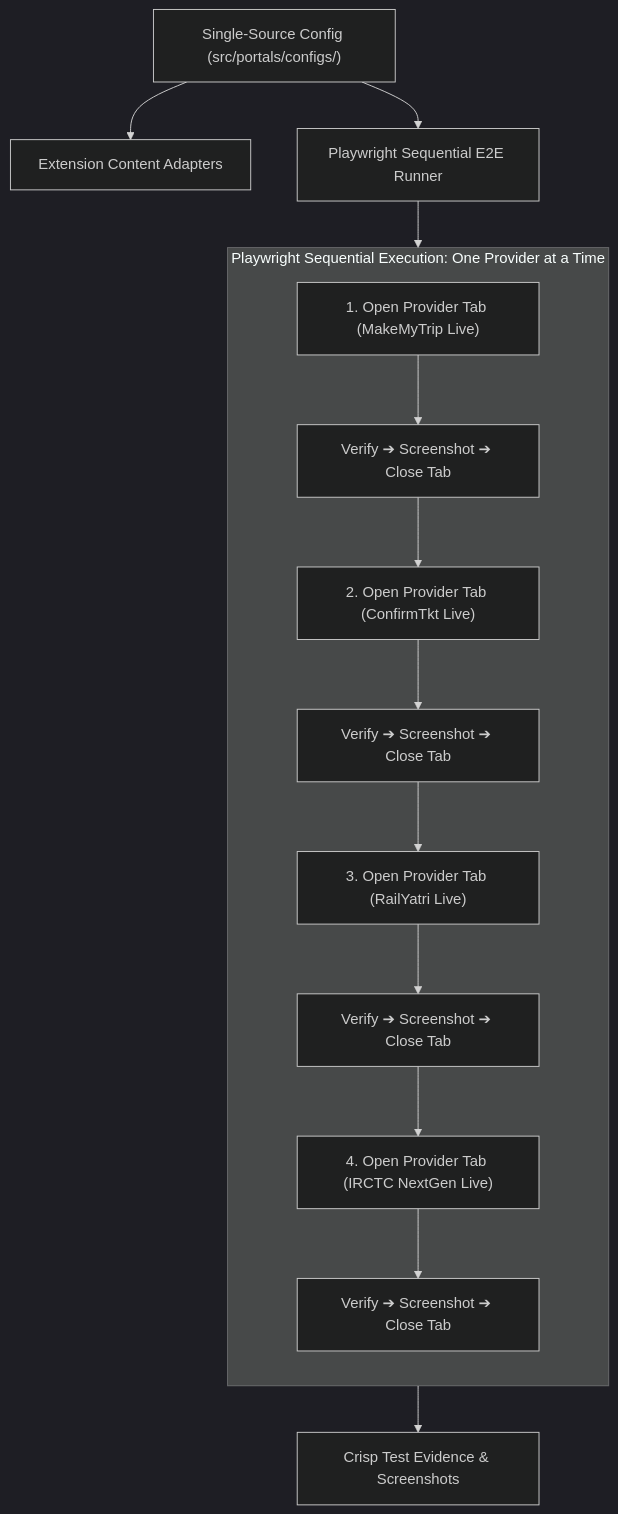
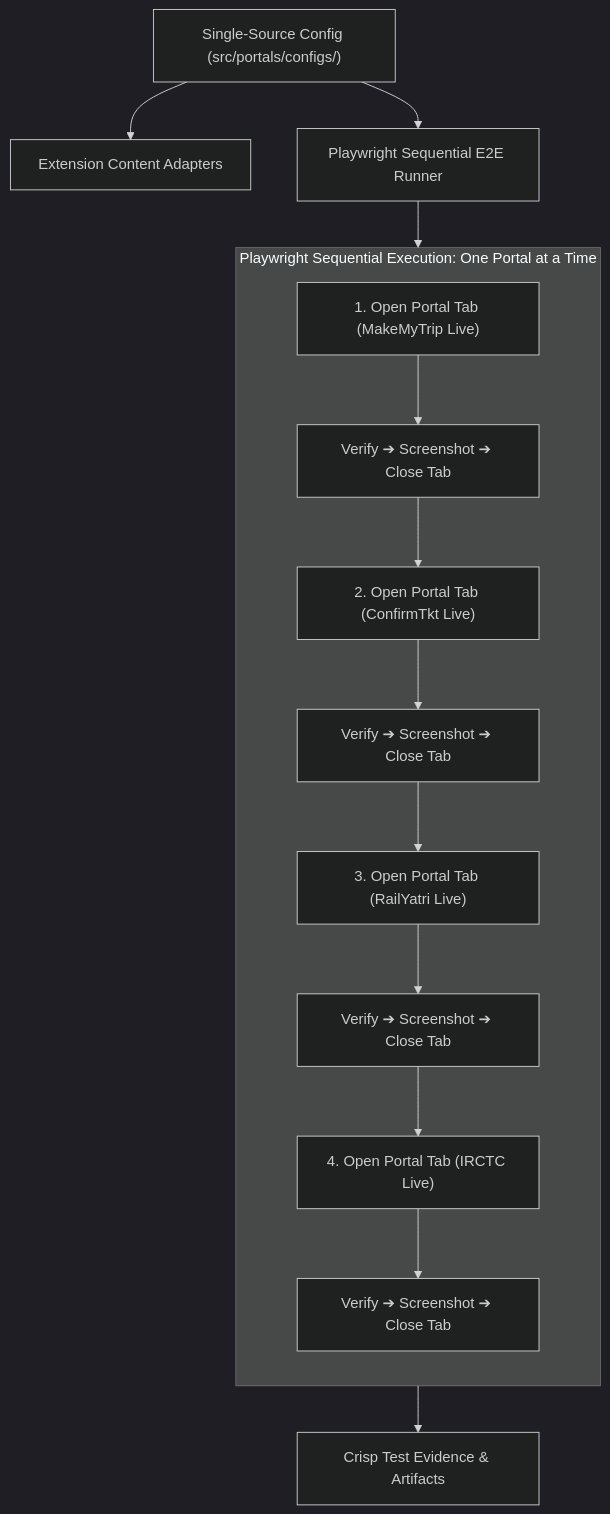
Before and after one commit to RajdipGhosh99/live-train-running-status-browser-extension: the second of 2 diagrams in README.md, drawn with Mermaid (dark theme). The commit also changed other lines of this file, not shown here.

````diff
--- a/README.md
+++ b/README.md
@@ -149,16 +259,16 @@
 ```mermaid
 flowchart TD
     Config["Single-Source Config (src/portals/configs/)"] --> Runtime["Extension Content Adapters"]
     Config --> Playwright["Playwright Sequential E2E Runner"]
     
-    subgraph SequentialFlow [Playwright Sequential Execution: One Provider at a Time]
+    subgraph SequentialFlow [Playwright Sequential Execution: One Portal at a Time]
         direction TB
-        S1["1. Open Provider Tab (MakeMyTrip Live)"] --> V1["Verify ➔ Screenshot ➔ Close Tab"]
-        V1 --> S2["2. Open Provider Tab (ConfirmTkt Live)"] --> V2["Verify ➔ Screenshot ➔ Close Tab"]
-        V2 --> S3["3. Open Provider Tab (RailYatri Live)"] --> V3["Verify ➔ Screenshot ➔ Close Tab"]
-        V3 --> S4["4. Open Provider Tab (IRCTC NextGen Live)"] --> V4["Verify ➔ Screenshot ➔ Close Tab"]
+        S1["1. Open Portal Tab (MakeMyTrip Live)"] --> V1["Verify ➔ Screenshot ➔ Close Tab"]
+        V1 --> S2["2. Open Portal Tab (ConfirmTkt Live)"] --> V2["Verify ➔ Screenshot ➔ Close Tab"]
+        V2 --> S3["3. Open Portal Tab (RailYatri Live)"] --> V3["Verify ➔ Screenshot ➔ Close Tab"]
+        V3 --> S4["4. Open Portal Tab (IRCTC Live)"] --> V4["Verify ➔ Screenshot ➔ Close Tab"]
     end
     
     Playwright --> SequentialFlow
-    SequentialFlow --> Evidence["Crisp Test Evidence & Screenshots"]
+    SequentialFlow --> Evidence["Crisp Test Evidence & Artifacts"]
 ```
````
